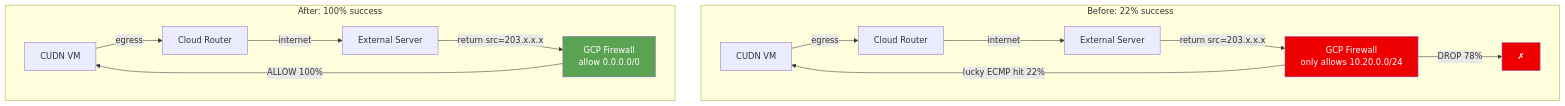
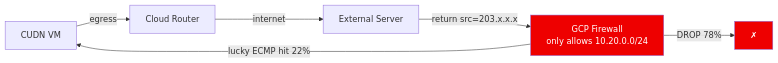
One commit to rh-mobb/osd-gcp-cudn-routing changed the sixth of 7 diagrams in presentation/slides.md. Above: the diagram before and after it, drawn with Mermaid. The commit also changed other lines of this file and 46 other files, not shown here.

````diff
--- a/presentation/slides.md
+++ b/presentation/slides.md
@@ -930,21 +1016,11 @@
 ```mermaid
-graph TD
-  subgraph before ["Before: 22% success"]
-    vm1["CUDN VM"] -->|"egress"| cr1["Cloud Router"]
-    cr1 -->|"internet"| ext1["External Server"]
-    ext1 -->|"return src=203.x.x.x"| fw1["GCP Firewall<br/>only allows 10.20.0.0/24"]
-    fw1 -->|"DROP 78%"| x1["✗"]
-    fw1 -->|"lucky ECMP hit 22%"| vm1
-  end
-
-  subgraph after ["After: 100% success"]
-    vm2["CUDN VM"] -->|"egress"| cr2["Cloud Router"]
-    cr2 -->|"internet"| ext2["External Server"]
-    ext2 -->|"return src=203.x.x.x"| fw2["GCP Firewall<br/>allow 0.0.0.0/0"]
-    fw2 -->|"ALLOW 100%"| vm2
-  end
+graph LR
+  vm1["CUDN VM"] -->|"egress"| cr1["Cloud Router"]
+  cr1 -->|"internet"| ext1["External Server"]
+  ext1 -->|"return src=203.x.x.x"| fw1["GCP Firewall<br/>only allows 10.20.0.0/24"]
+  fw1 -->|"DROP 78%"| x1["✗"]
+  fw1 -->|"lucky ECMP hit 22%"| vm1
 
   style fw1 fill:#EE0000,color:white
-  style fw2 fill:#5BA352,color:white
   style x1 fill:#EE0000,color:white
 ```
````
